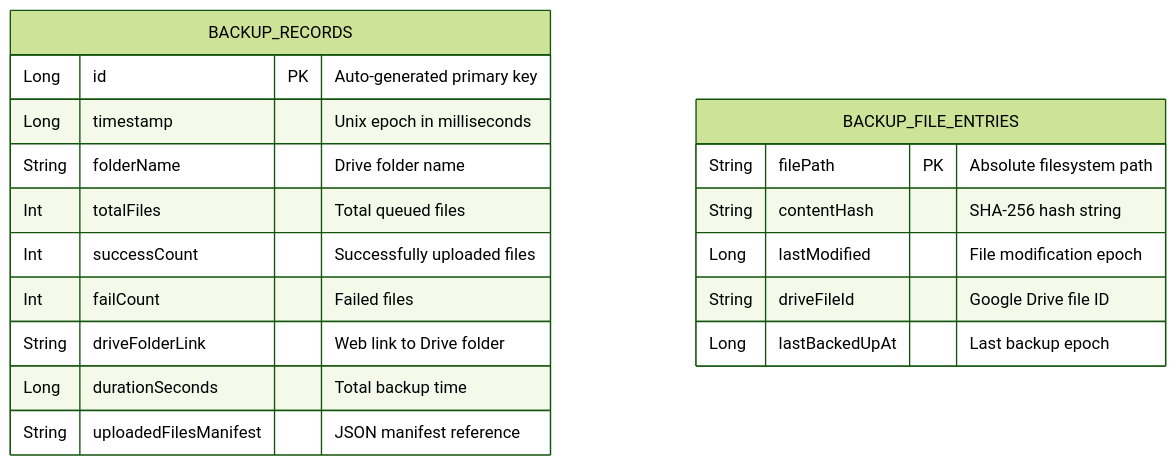
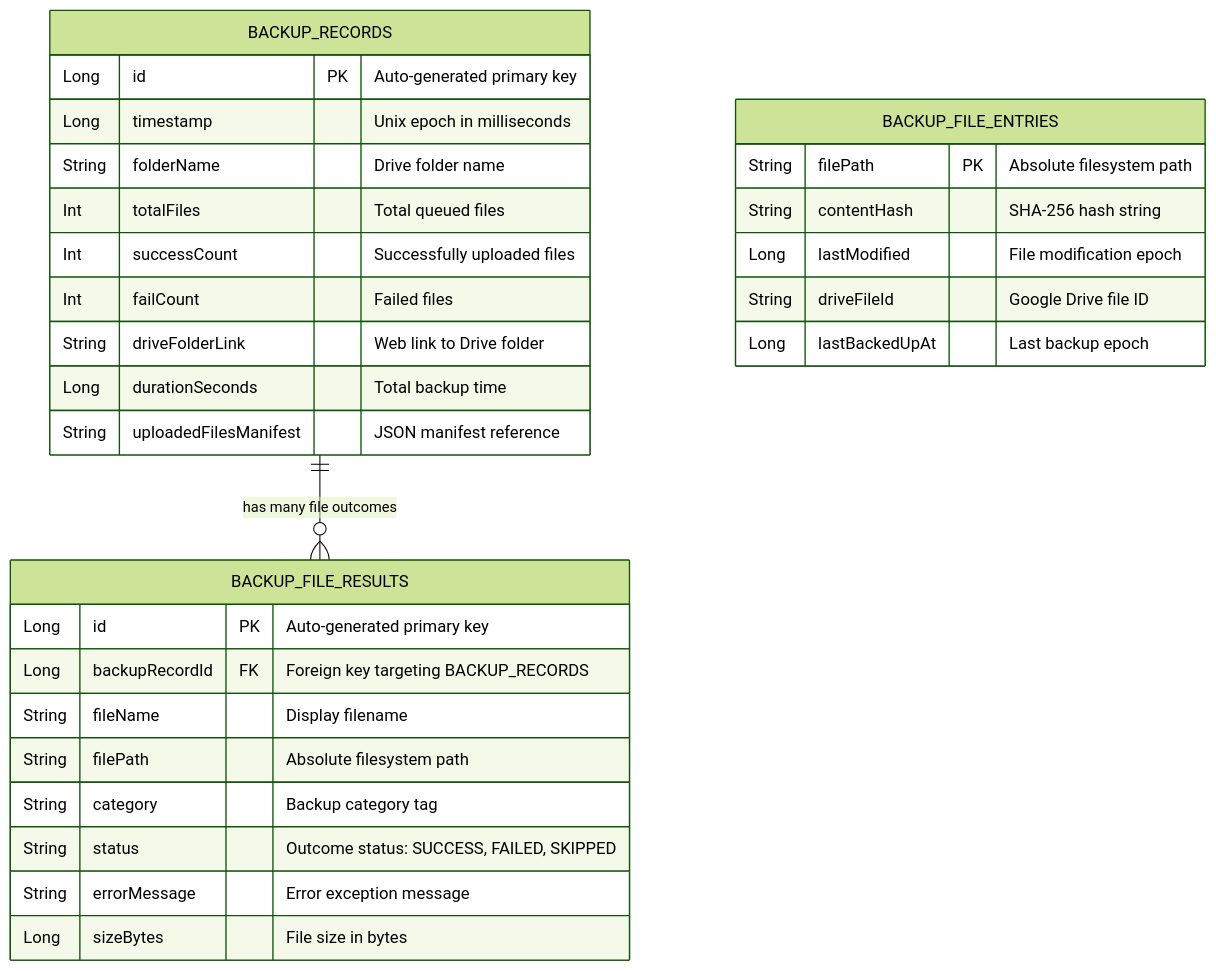
The sixth of 8 diagrams in README.md (nandakumar-nandu/WABackupPro), drawn with Mermaid (forest theme) before and after one commit. The commit also changed other lines of this file and 16 other files, not shown here.

First line of the commit message:
feat: backup detail screen with per-file results, history search/filter

````diff
--- a/README.md
+++ b/README.md
@@ -83,22 +107,35 @@
 ```mermaid
 erDiagram
+    BACKUP_RECORDS ||--o{ BACKUP_FILE_RESULTS : "has many file outcomes"
+    
     BACKUP_RECORDS {
         Long id PK "Auto-generated primary key"
         Long timestamp "Unix epoch in milliseconds"
         String folderName "Drive folder name"
         Int totalFiles "Total queued files"
         Int successCount "Successfully uploaded files"
         Int failCount "Failed files"
         String driveFolderLink "Web link to Drive folder"
         Long durationSeconds "Total backup time"
         String uploadedFilesManifest "JSON manifest reference"
     }
 
     BACKUP_FILE_ENTRIES {
         String filePath PK "Absolute filesystem path"
         String contentHash "SHA-256 hash string"
         Long lastModified "File modification epoch"
         String driveFileId "Google Drive file ID"
         Long lastBackedUpAt "Last backup epoch"
     }
+
+    BACKUP_FILE_RESULTS {
+        Long id PK "Auto-generated primary key"
+        Long backupRecordId FK "Foreign key targeting BACKUP_RECORDS"
+        String fileName "Display filename"
+        String filePath "Absolute filesystem path"
+        String category "Backup category tag"
+        String status "Outcome status: SUCCESS, FAILED, SKIPPED"
+        String errorMessage "Error exception message"
+        Long sizeBytes "File size in bytes"
+    }
 ```
````
